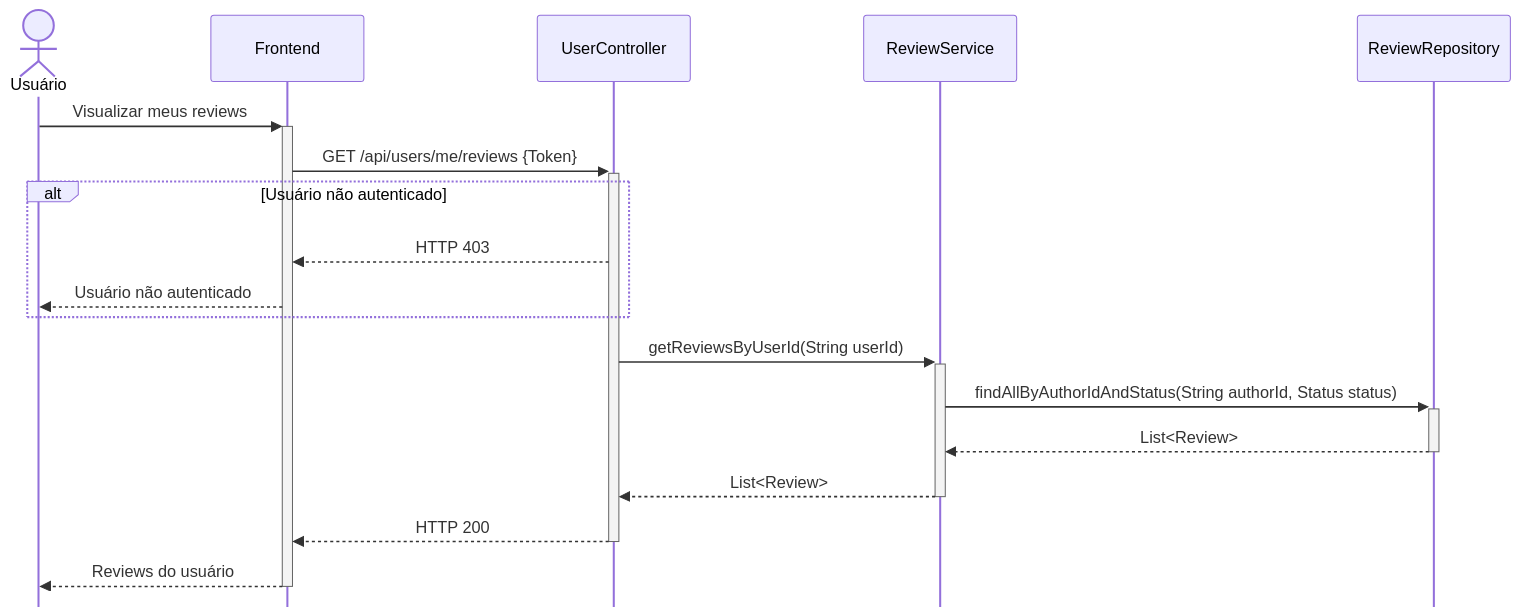
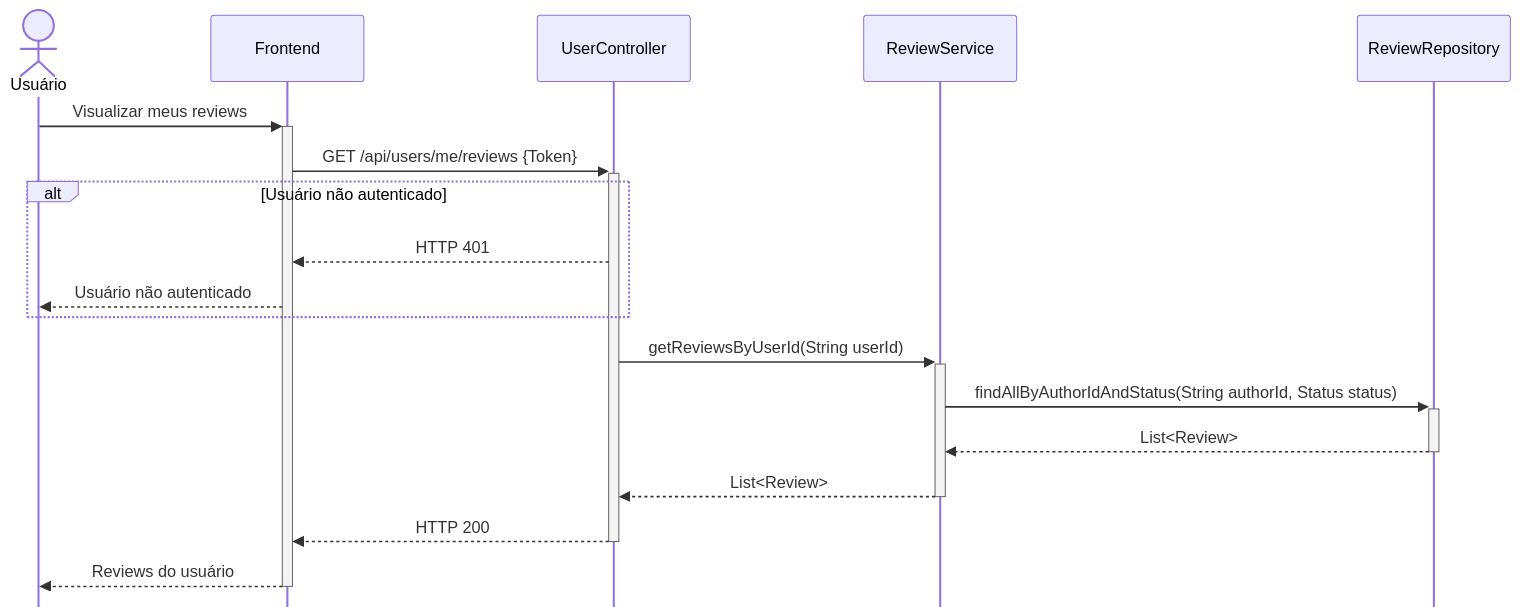
One commit to feliquisds/cooker-api changed the diagram in docs/Diagramas de Sequência/10 Visualizar meus reviews.mmd. Above: the diagram before and after it, drawn with Mermaid. The commit also changed 16 other files, not shown here.

```diff
--- a/docs/Diagramas de Sequência/10 Visualizar meus reviews.mmd
+++ b/docs/Diagramas de Sequência/10 Visualizar meus reviews.mmd
@@ -1,26 +1,26 @@
 ---
 config:
     mirrorActors: false
 ---
 
 sequenceDiagram
     actor U as Usuário
     participant F as Frontend
     participant C as UserController
     participant S as ReviewService
     participant R as ReviewRepository
 
     U->>+F: Visualizar meus reviews
     F->>+C: GET /api/users/me/reviews {Token}
 
     alt Usuário não autenticado
-        C-->>F: HTTP 403
+        C-->>F: HTTP 401
         F-->>U: Usuário não autenticado
     end
 
     C->>+S: getReviewsByUserId(String userId)
     S->>+R: findAllByAuthorIdAndStatus(String authorId, Status status)
     R-->>-S: List<Review>
     S-->>-C: List<Review>
     C-->>-F: HTTP 200
     F-->>-U: Reviews do usuário
```
